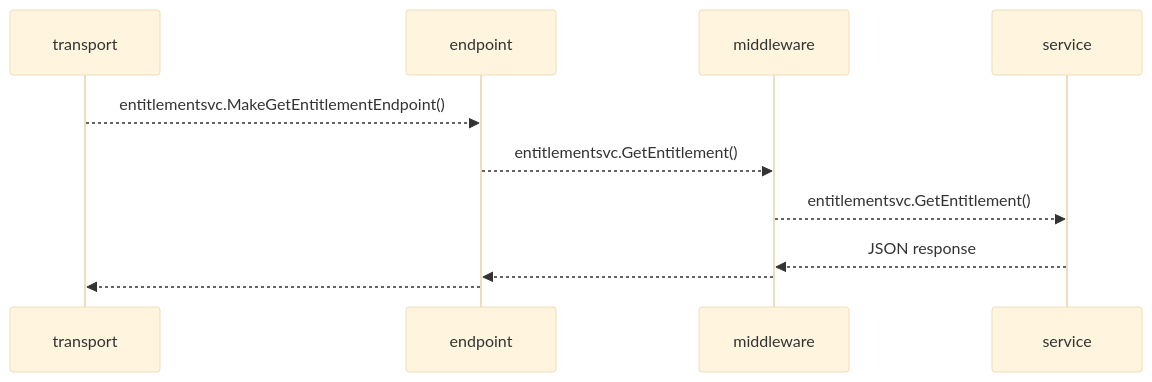
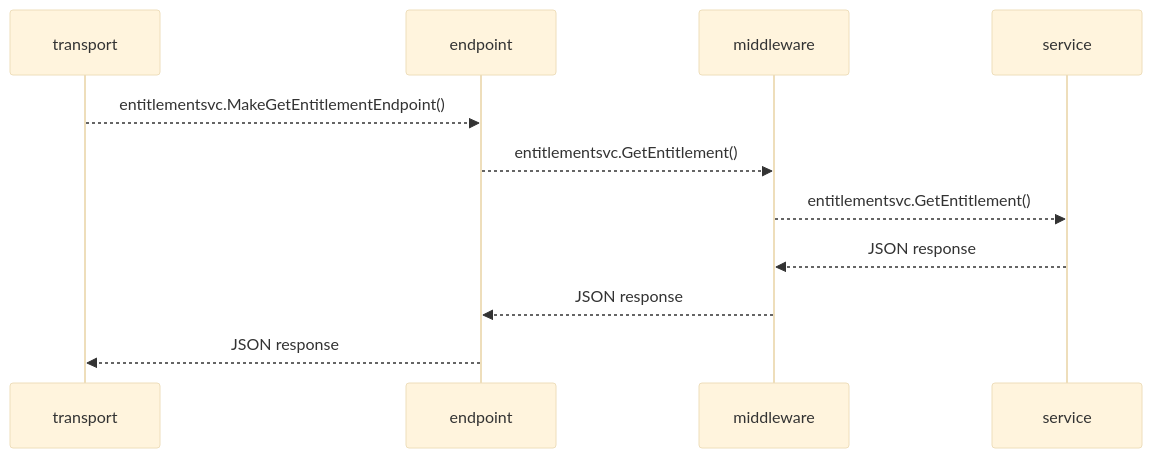
One commit to ankurkumarz/golang-gokit-service-blueprint changed the diagram in README.md. Above: the diagram before and after it, drawn with Mermaid (base theme).

````diff
--- a/README.md
+++ b/README.md
@@ -24,10 +24,10 @@
 ```mermaid
 sequenceDiagram
     transport-->>endpoint: entitlementsvc.MakeGetEntitlementEndpoint()
     endpoint-->>middleware: entitlementsvc.GetEntitlement()
     middleware-->>service: entitlementsvc.GetEntitlement()
 
     service-->>middleware: JSON response
-    middleware-->>endpoint:
-    endpoint-->>transport:
+    middleware-->>endpoint: JSON response
+    endpoint-->>transport: JSON response
 ```
````
